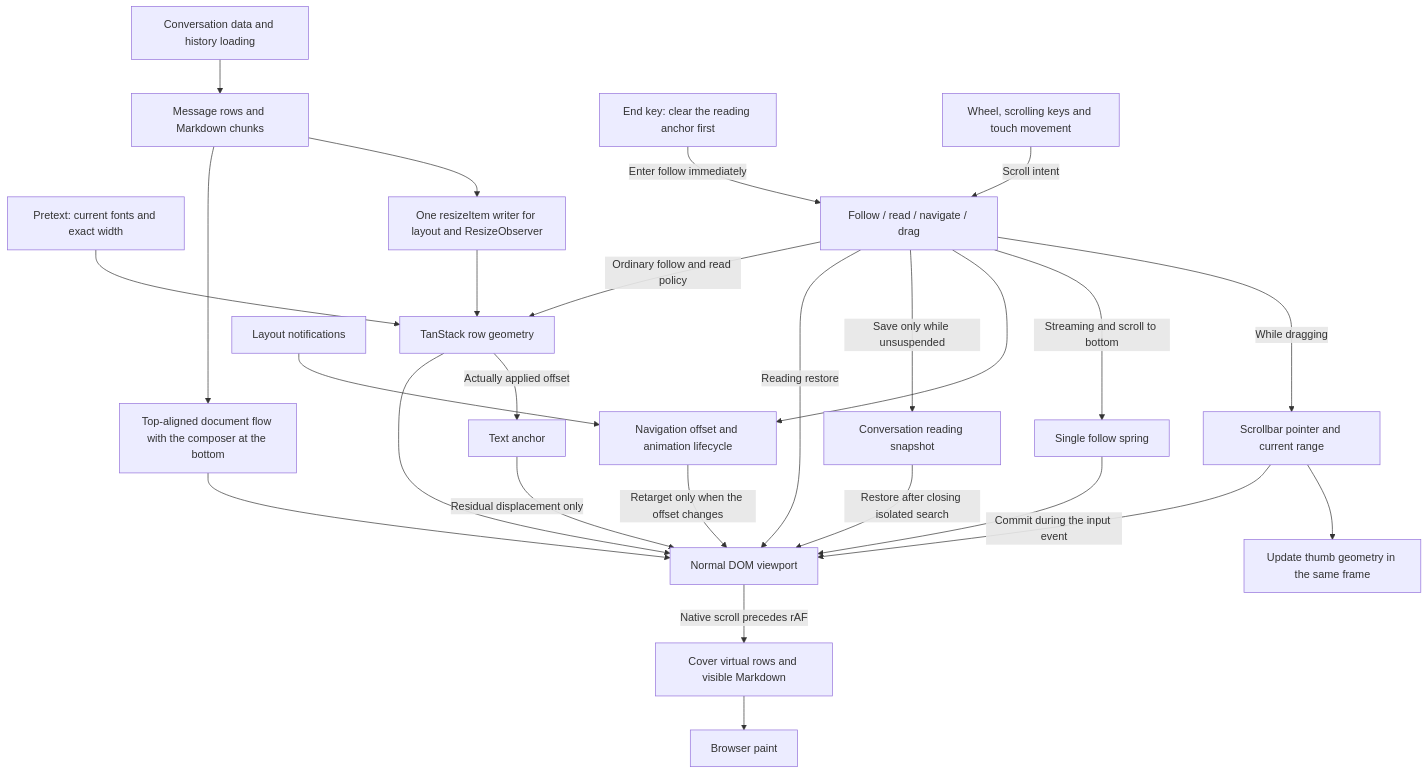
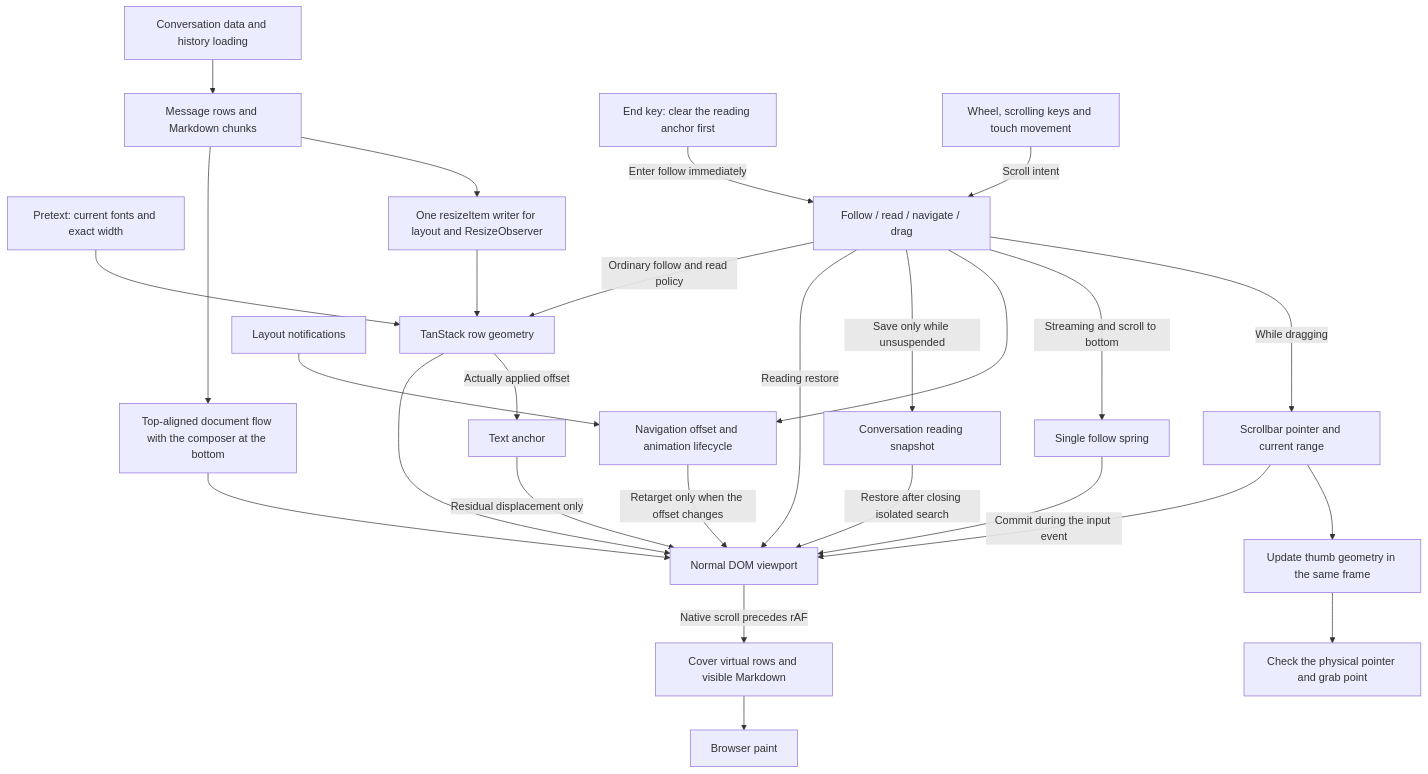
One commit to wecode-ai/Wegent changed the diagram in docs/en/wegent/developer-guide/wework-message-scroll.md. Above: the diagram before and after it, drawn with Mermaid. The commit also changed other lines of this file and 4 other files, not shown here.

Commit message:
test(wework): sample the physical scrollbar grab point

````diff
--- a/docs/en/wegent/developer-guide/wework-message-scroll.md
+++ b/docs/en/wegent/developer-guide/wework-message-scroll.md
@@ -9,28 +9,29 @@
 ```mermaid
 flowchart TD
   Messages[Conversation data and history loading] --> Rows[Message rows and Markdown chunks]
   Rows --> Flow[Top-aligned document flow with the composer at the bottom]
   Flow --> Viewport
   Pretext[Pretext: current fonts and exact width] --> Engine[TanStack row geometry]
   Rows --> Measure[One resizeItem writer for layout and ResizeObserver]
   Measure --> Engine
   Engine --> Viewport[Normal DOM viewport]
   Controller[Follow / read / navigate / drag] -->|Ordinary follow and read policy| Engine
   End[End key: clear the reading anchor first] -->|Enter follow immediately| Controller
   Input[Wheel, scrolling keys and touch movement] -->|Scroll intent| Controller
   Controller -->|Reading restore| Viewport
   Controller -->|Save only while unsuspended| Snapshot[Conversation reading snapshot]
   Snapshot -->|Restore after closing isolated search| Viewport
   Controller --> Navigation[Navigation offset and animation lifecycle]
   Layout[Layout notifications] --> Navigation
   Navigation -->|Retarget only when the offset changes| Viewport
   Controller -->|Streaming and scroll to bottom| Spring[Single follow spring]
   Controller -->|While dragging| Pointer[Scrollbar pointer and current range]
   Pointer -->|Commit during the input event| Viewport
   Pointer --> Thumb[Update thumb geometry in the same frame]
+  Thumb --> Check[Check the physical pointer and grab point]
   Viewport -->|Native scroll precedes rAF| Coverage[Cover virtual rows and visible Markdown]
   Coverage --> Paint[Browser paint]
   Engine -->|Actually applied offset| TextAnchor[Text anchor]
   TextAnchor -->|Residual displacement only| Viewport
   Spring --> Viewport
 ```
````
